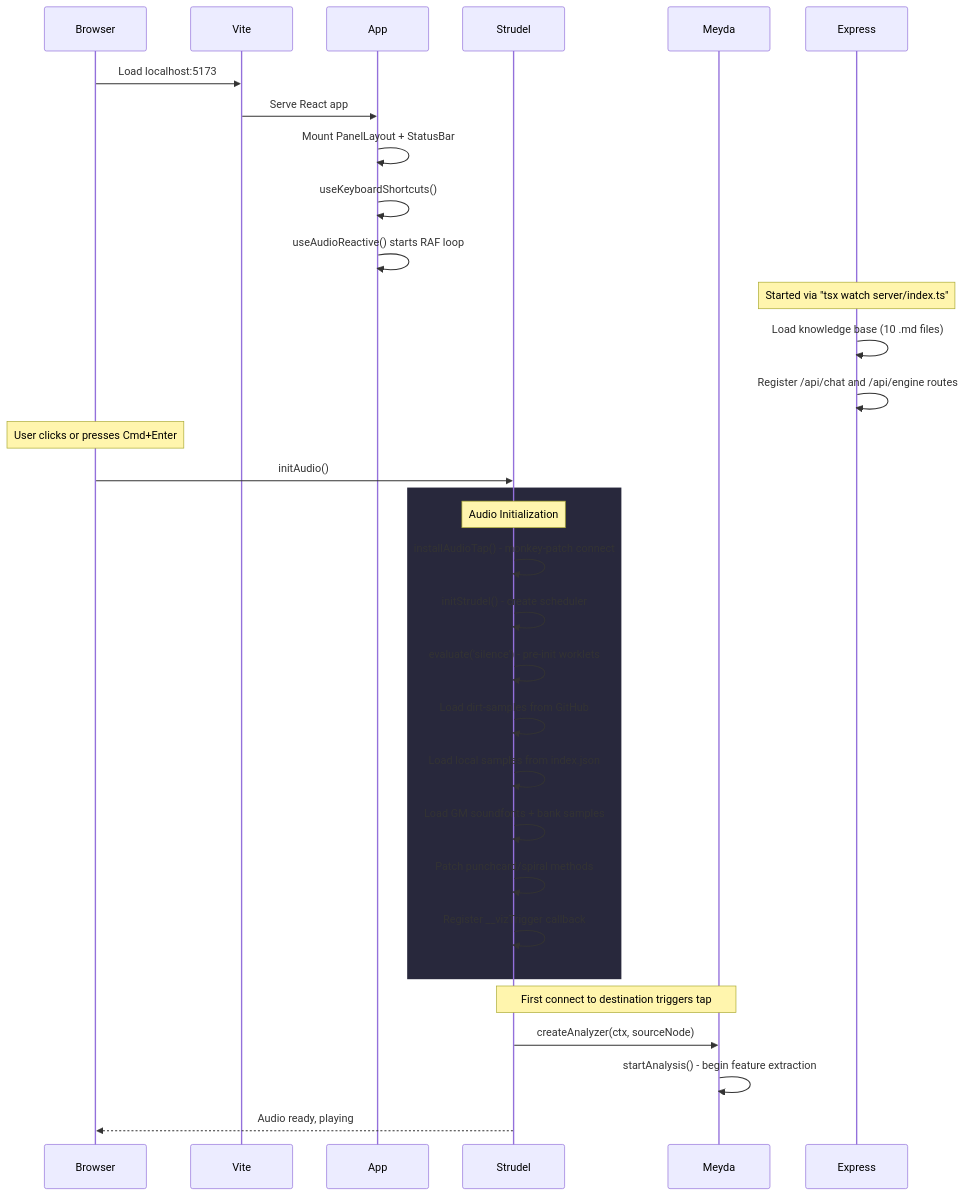
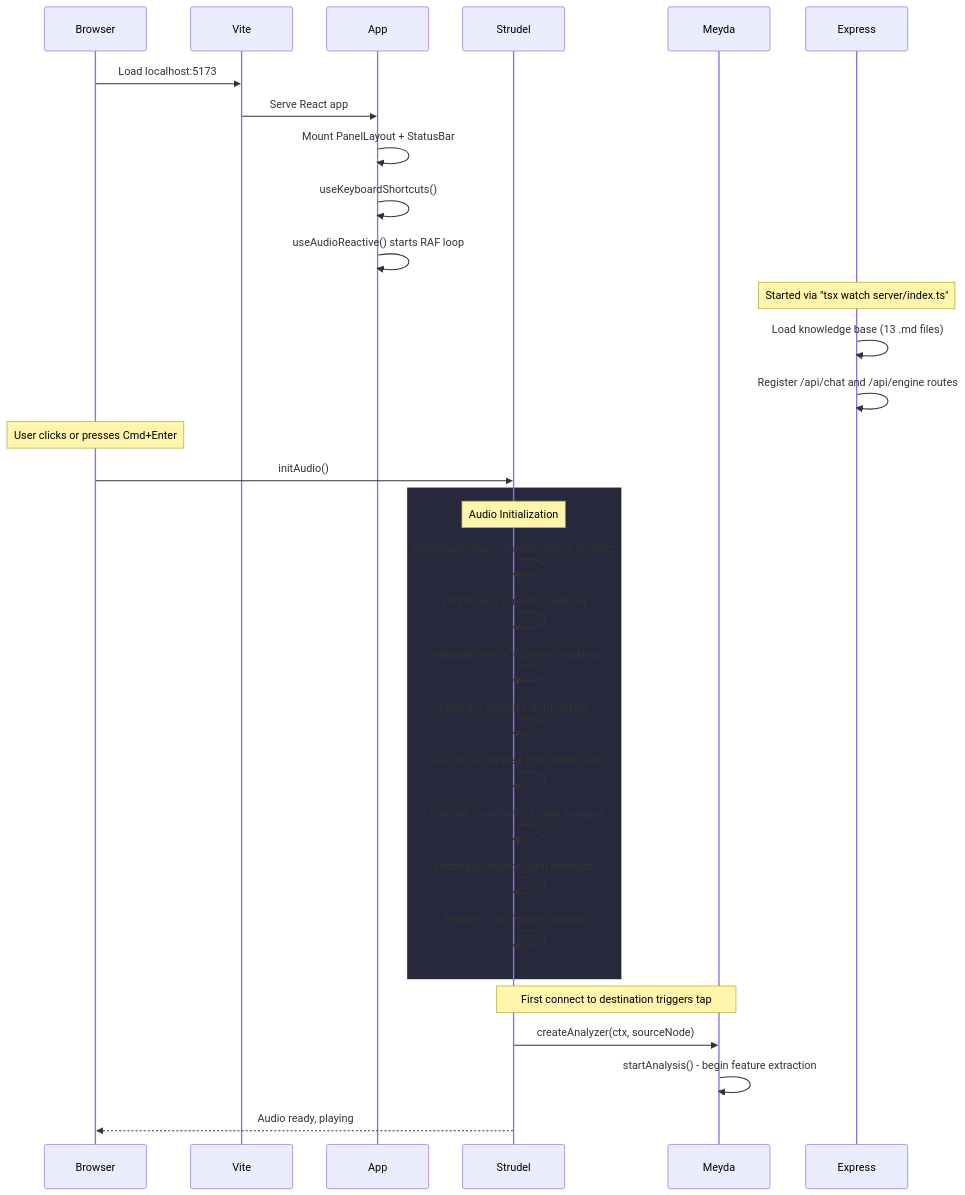
Before and after one commit to weathermachine/EuroHack: the second of 21 diagrams in docs/how-it-works.md, drawn with Mermaid. The commit also changed other lines of this file and 5 other files, not shown here.

````diff
--- a/docs/how-it-works.md
+++ b/docs/how-it-works.md
@@ -101,40 +101,40 @@
 ```mermaid
 sequenceDiagram
     participant Browser
     participant Vite
     participant App
     participant Strudel
     participant Meyda
     participant Express
 
     Browser->>Vite: Load localhost:5173
     Vite->>App: Serve React app
     App->>App: Mount PanelLayout + StatusBar
     App->>App: useKeyboardShortcuts()
     App->>App: useAudioReactive() starts RAF loop
 
     Note over Express: Started via "tsx watch server/index.ts"
-    Express->>Express: Load knowledge base (10 .md files)
+    Express->>Express: Load knowledge base (13 .md files)
     Express->>Express: Register /api/chat and /api/engine routes
 
     Note over Browser: User clicks or presses Cmd+Enter
     Browser->>Strudel: initAudio()
 
     rect rgb(40, 40, 60)
         Note over Strudel: Audio Initialization
         Strudel->>Strudel: installAudioTap() - monkey-patch connect
         Strudel->>Strudel: initStrudel() - create scheduler
         Strudel->>Strudel: evaluate('silence') - pre-init worklets
         Strudel->>Strudel: Load dirt-samples from GitHub
         Strudel->>Strudel: Load local samples from index.json
         Strudel->>Strudel: Load GM soundfonts + bank samples
         Strudel->>Strudel: Patch punchcard/spiral methods
         Strudel->>Strudel: Register __vizTrigger callback
     end
 
     Note over Strudel, Meyda: First connect to destination triggers tap
     Strudel->>Meyda: createAnalyzer(ctx, sourceNode)
     Meyda->>Meyda: startAnalysis() - begin feature extraction
 
     Strudel-->>Browser: Audio ready, playing
 ```
````
